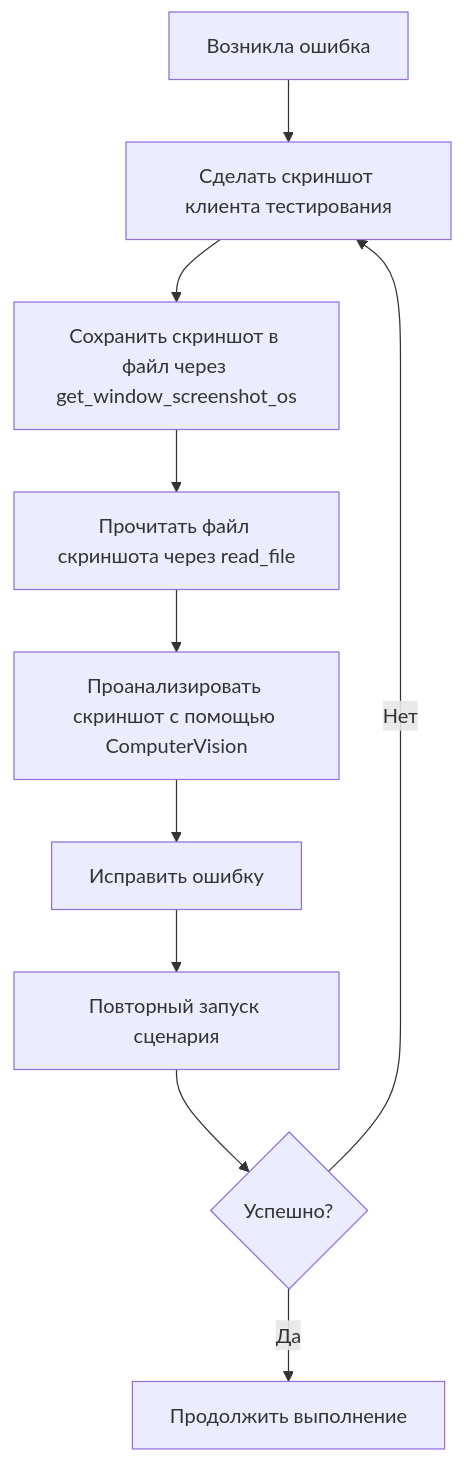
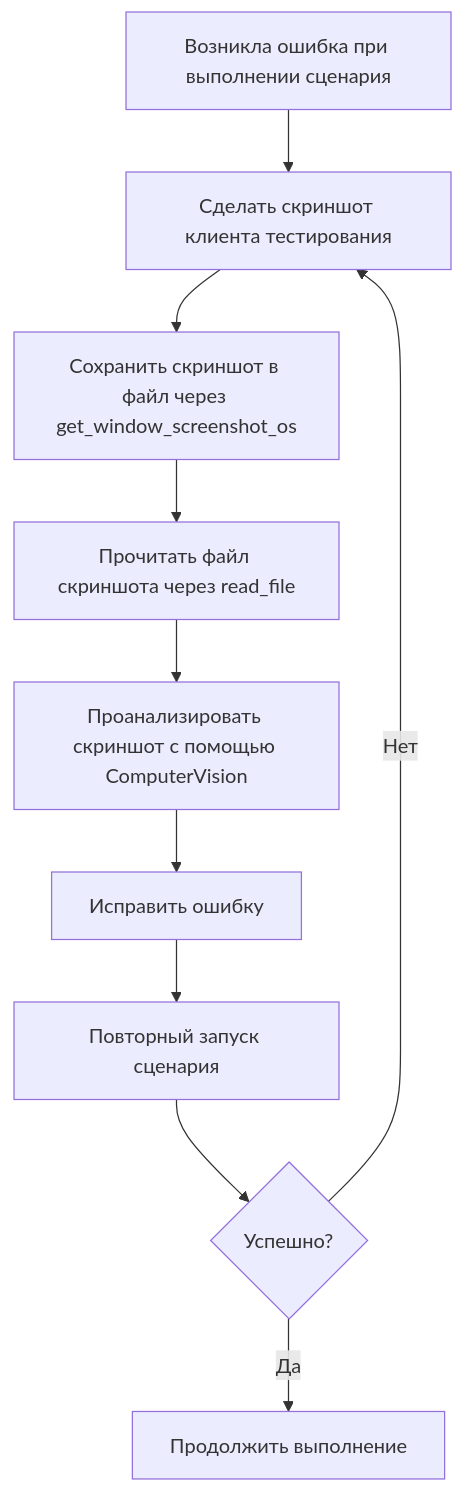
Before and after one commit to IT-Medved/vanessa-automation: the diagram in docs/AI/Instructions.md, drawn with Mermaid. The commit also changed other lines of this file, not shown here.

````diff
--- a/docs/AI/Instructions.md
+++ b/docs/AI/Instructions.md
@@ -92,12 +163,12 @@
 ```mermaid
 graph TD
-    A[Возникла ошибка] --> B[Сделать скриншот клиента тестирования]
+    A[Возникла ошибка при выполнении сценария] --> B[Сделать скриншот клиента тестирования]
     B --> C[Сохранить скриншот в файл через get_window_screenshot_os]
     C --> D[Прочитать файл скриншота через read_file]
     D --> E[Проанализировать скриншот с помощью ComputerVision]
     E --> F[Исправить ошибку]
     F --> G[Повторный запуск сценария]
     G --> H{Успешно?}
     H -->|Нет| B
     H -->|Да| I[Продолжить выполнение]
 ```
````
